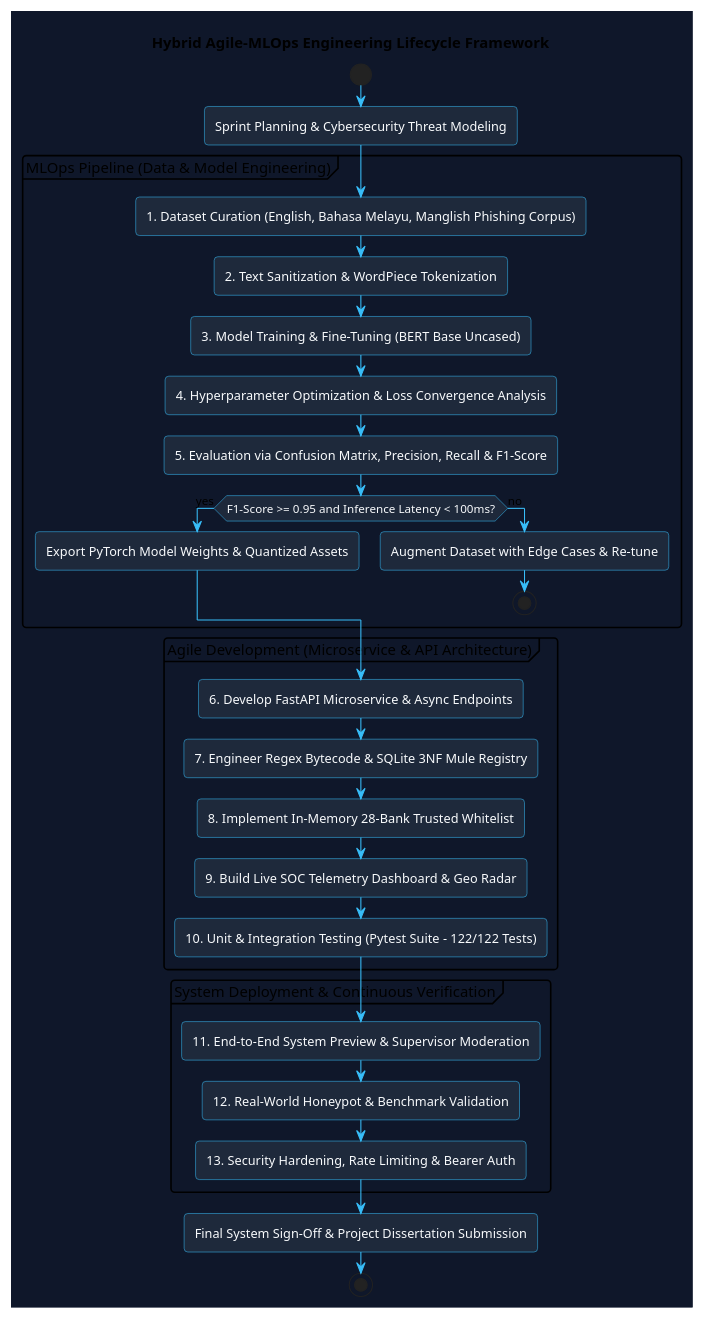
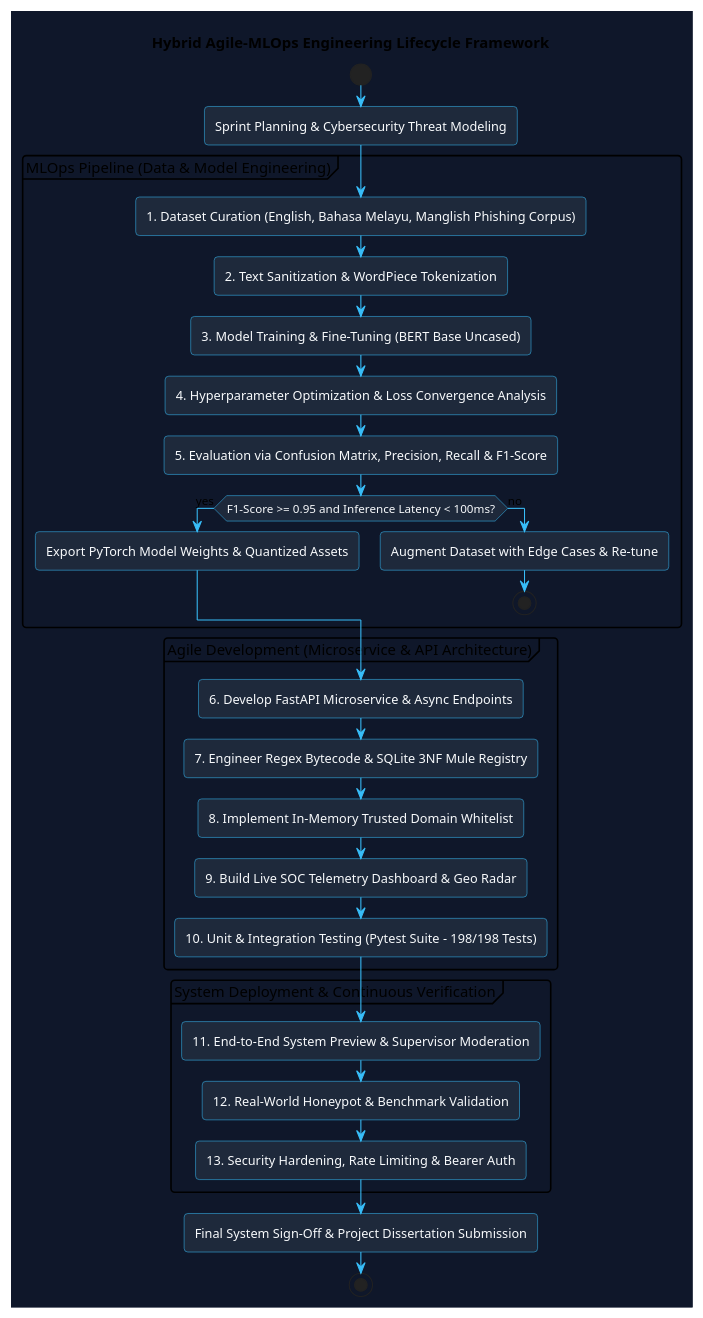
One commit to KunTheNoobie/PhishGuard-AI-Complete changed the third of 3 diagrams in report/diagrams/Chapter_1_Diagrams.puml. Above: the diagram before and after it, drawn with PlantUML. The commit also changed other lines of this file and 104 other files, not shown here.

```diff
--- a/report/diagrams/Chapter_1_Diagrams.puml
+++ b/report/diagrams/Chapter_1_Diagrams.puml
@@ -140,45 +140,45 @@
 @startuml Agile_MLOps_Lifecycle_Chapter_1
 !theme vibrant
 skinparam backgroundColor #0f172a
 skinparam ArrowColor #38bdf8
 skinparam ActivityBorderColor #38bdf8
 skinparam ActivityBackgroundColor #1e293b
 skinparam ActivityFontColor #f8fafc
 
 title Hybrid Agile-MLOps Engineering Lifecycle Framework
 
 start
 :Sprint Planning & Cybersecurity Threat Modeling;
 
 partition "MLOps Pipeline (Data & Model Engineering)" {
     :1. Dataset Curation (English, Bahasa Melayu, Manglish Phishing Corpus);
     :2. Text Sanitization & WordPiece Tokenization;
     :3. Model Training & Fine-Tuning (BERT Base Uncased);
     :4. Hyperparameter Optimization & Loss Convergence Analysis;
     :5. Evaluation via Confusion Matrix, Precision, Recall & F1-Score;
     if (F1-Score >= 0.95 and Inference Latency < 100ms?) then (yes)
         :Export PyTorch Model Weights & Quantized Assets;
     else (no)
         :Augment Dataset with Edge Cases & Re-tune;
         stop
     endif
 }
 
 partition "Agile Development (Microservice & API Architecture)" {
     :6. Develop FastAPI Microservice & Async Endpoints;
     :7. Engineer Regex Bytecode & SQLite 3NF Mule Registry;
-    :8. Implement In-Memory 28-Bank Trusted Whitelist;
+    :8. Implement In-Memory Trusted Domain Whitelist;
     :9. Build Live SOC Telemetry Dashboard & Geo Radar;
-    :10. Unit & Integration Testing (Pytest Suite - 122/122 Tests);
+    :10. Unit & Integration Testing (Pytest Suite - 198/198 Tests);
 }
 
 partition "System Deployment & Continuous Verification" {
     :11. End-to-End System Preview & Supervisor Moderation;
     :12. Real-World Honeypot & Benchmark Validation;
     :13. Security Hardening, Rate Limiting & Bearer Auth;
 }
 
 :Final System Sign-Off & Project Dissertation Submission;
 stop
 
 @enduml
```
